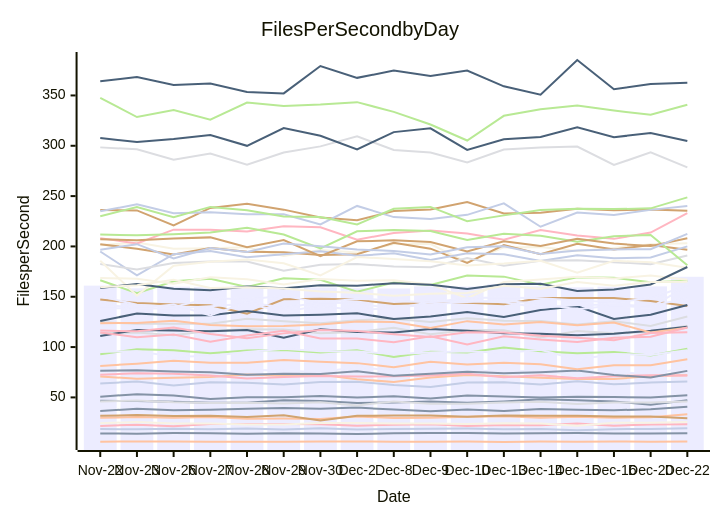
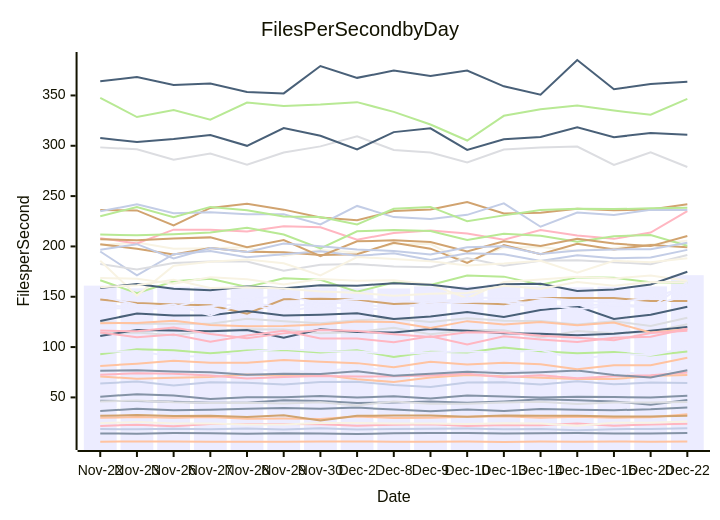
The diagram in perf-report.md (streetsidesoftware/cspell), drawn with Mermaid before and after one commit. The commit also changed other lines of this file and 1 other file, not shown here.

````diff
--- a/perf-report.md
+++ b/perf-report.md
@@ -10,57 +10,57 @@
 ```mermaid
 xychart-beta
     title Files Per Second by Day
     y-axis Files per Second
     x-axis Date [Nov-22, Nov-23, Nov-26, Nov-27, Nov-28, Nov-29, Nov-30, Dec-2, Dec-8, Dec-9, Dec-10, Dec-13, Dec-14, Dec-15, Dec-16, Dec-20, Dec-22]
-    bar [161.07, 158.38, 160.01, 159.51, 160.85, 158.58, 159.25, 158.41, 158.24, 160.26, 160.13, 162.46, 160.30, 159.32, 159.99, 160.32, 169.82]
-    line [14.18, 13.95, 14.61, 14.49, 13.79, 14.45, 14.21, 13.55, 14.37, 14.53, 14.61, 14.25, 14.42, 14.66, 14.20, 14.14, 14.49]
-    line [6.00, 6.29, 6.16, 6.03, 5.90, 6.01, 6.16, 6.12, 6.00, 6.03, 6.11, 5.69, 6.12, 5.85, 6.27, 5.94, 6.25]
-    line [124.88, 123.12, 123.27, 123.12, 128.04, 125.68, 123.73, 126.68, 128.02, 124.91, 128.75, 126.25, 125.99, 122.54, 125.77, 120.95, 130.30]
-    line [347.69, 328.52, 335.50, 325.97, 342.99, 339.55, 340.91, 343.35, 333.69, 321.17, 305.21, 329.78, 336.28, 339.96, 335.03, 330.81, 340.69]
-    line [147.16, 143.68, 142.26, 141.63, 133.10, 147.45, 147.90, 147.19, 142.70, 144.08, 143.97, 142.44, 148.72, 148.74, 148.66, 145.81, 140.73]
-    line [63.78, 65.76, 61.80, 64.96, 64.67, 62.90, 65.22, 65.65, 62.39, 60.36, 64.84, 65.11, 62.93, 65.98, 63.02, 64.70, 65.82]
-    line [21.70, 22.82, 21.29, 23.51, 23.57, 23.50, 23.32, 21.90, 22.93, 23.26, 21.71, 22.48, 22.26, 24.16, 21.86, 22.99, 23.32]
-    line [125.92, 133.37, 131.47, 131.60, 135.88, 131.34, 132.15, 133.58, 127.82, 130.48, 134.87, 129.94, 136.83, 140.59, 128.00, 132.13, 141.73]
-    line [24.23, 25.56, 24.09, 24.00, 22.97, 23.09, 24.60, 24.46, 23.99, 23.97, 23.56, 24.27, 23.97, 21.89, 24.77, 24.75, 25.53]
-    line [75.92, 76.91, 75.07, 72.02, 77.23, 76.76, 75.06, 80.27, 76.65, 75.94, 76.12, 76.57, 75.62, 71.86, 75.70, 72.52, 80.18]
-    line [50.67, 53.20, 51.79, 48.42, 50.26, 50.21, 51.36, 49.95, 51.18, 48.94, 51.93, 50.78, 49.91, 50.66, 50.34, 50.02, 52.21]
-    line [70.73, 68.53, 69.45, 70.29, 72.76, 71.50, 72.49, 68.01, 65.32, 69.78, 72.32, 70.99, 69.49, 68.20, 68.29, 71.18, 71.99]
-    line [113.80, 114.46, 111.80, 116.19, 117.82, 117.56, 113.82, 115.04, 119.17, 112.82, 116.99, 116.61, 109.61, 115.93, 113.66, 115.36, 121.29]
-    line [92.88, 97.96, 96.91, 93.91, 96.71, 97.20, 94.57, 96.80, 90.09, 95.39, 94.62, 99.56, 95.79, 93.99, 95.03, 91.66, 98.29]
-    line [236.13, 235.78, 220.97, 238.24, 242.33, 236.55, 228.65, 226.03, 235.13, 236.77, 244.11, 232.83, 233.41, 237.39, 235.87, 236.73, 235.49]
-    line [18.52, 18.27, 18.83, 18.32, 19.02, 18.13, 19.36, 18.09, 18.49, 18.92, 19.04, 18.41, 18.71, 17.35, 18.44, 18.66, 19.41]
-    line [72.41, 73.90, 73.49, 71.80, 68.80, 70.33, 71.28, 70.66, 70.99, 71.64, 73.38, 70.10, 71.99, 68.96, 71.11, 72.00, 71.65]
-    line [111.11, 117.00, 116.48, 115.76, 116.91, 109.21, 117.71, 115.04, 114.43, 117.93, 116.17, 113.85, 113.19, 111.86, 113.23, 116.22, 120.27]
-    line [201.26, 203.88, 197.62, 198.09, 199.18, 190.53, 196.53, 193.86, 202.32, 202.37, 184.12, 199.02, 199.50, 195.58, 198.56, 202.04, 203.12]
-    line [95.37, 95.97, 90.32, 91.22, 95.22, 98.38, 95.87, 95.57, 93.03, 94.71, 95.93, 94.05, 97.42, 87.40, 93.20, 92.02, 96.90]
-    line [76.58, 77.00, 75.69, 74.97, 72.54, 73.38, 73.35, 76.02, 71.59, 73.55, 75.54, 73.95, 75.07, 76.77, 72.26, 69.84, 76.37]
-    line [29.67, 30.46, 29.86, 30.48, 28.76, 28.98, 28.47, 31.13, 29.50, 29.81, 30.70, 31.34, 29.78, 30.86, 29.89, 30.20, 33.23]
-    line [298.41, 296.48, 286.19, 292.24, 281.16, 293.25, 299.40, 309.39, 295.84, 293.27, 283.38, 296.25, 298.40, 299.27, 280.90, 293.45, 278.60]
-    line [166.41, 153.59, 165.34, 167.76, 159.74, 168.29, 166.84, 155.06, 164.08, 161.66, 171.02, 169.99, 161.97, 169.28, 168.79, 164.45, 165.78]
-    line [202.16, 197.78, 192.08, 198.49, 194.68, 194.09, 191.43, 192.21, 203.69, 197.75, 183.65, 201.42, 192.31, 202.71, 196.90, 201.49, 196.73]
-    line [194.96, 171.19, 192.32, 195.34, 189.35, 192.30, 195.25, 190.71, 193.15, 186.55, 193.19, 192.23, 185.43, 191.26, 188.26, 189.10, 200.03]
-    line [208.25, 203.01, 216.67, 216.64, 214.89, 220.14, 219.09, 206.67, 213.42, 215.72, 212.77, 206.57, 216.35, 210.81, 207.51, 213.81, 233.05]
-    line [307.69, 303.77, 306.69, 310.59, 299.95, 317.57, 310.02, 296.47, 313.58, 317.30, 295.96, 306.54, 308.67, 318.29, 308.47, 312.68, 304.71]
-    line [168.69, 167.81, 163.00, 169.37, 167.40, 162.13, 167.55, 165.94, 166.49, 162.27, 148.64, 164.74, 167.10, 169.90, 168.25, 171.20, 166.81]
-    line [150.38, 142.14, 139.88, 148.61, 147.55, 150.86, 144.17, 148.12, 146.38, 144.41, 148.76, 149.26, 148.44, 146.25, 144.57, 148.51, 161.19]
-    line [36.55, 38.70, 37.18, 37.74, 38.63, 39.45, 38.80, 39.93, 37.87, 36.13, 38.10, 36.47, 38.38, 37.81, 37.32, 38.13, 40.60]
-    line [123.77, 123.92, 126.14, 121.82, 120.62, 120.89, 122.51, 125.41, 124.96, 118.90, 125.77, 122.50, 124.97, 121.63, 124.44, 114.40, 119.23]
-    line [182.60, 177.02, 183.57, 185.12, 185.03, 175.76, 181.77, 182.47, 179.95, 179.31, 188.38, 180.77, 185.77, 186.35, 184.33, 182.33, 190.92]
-    line [211.74, 210.99, 212.04, 213.89, 218.50, 211.90, 198.01, 215.07, 216.21, 215.29, 206.31, 212.61, 210.51, 204.56, 210.18, 211.34, 181.31]
-    line [207.11, 206.14, 207.83, 208.99, 199.30, 206.34, 190.41, 205.06, 206.03, 204.37, 194.91, 205.14, 200.36, 207.64, 202.85, 200.31, 208.13]
-    line [234.88, 241.77, 233.01, 234.04, 231.90, 232.03, 221.81, 240.23, 229.14, 227.27, 231.37, 242.80, 219.56, 233.62, 231.32, 236.32, 240.27]
-    line [114.47, 109.88, 112.40, 105.21, 111.47, 116.12, 108.62, 108.44, 104.81, 110.68, 102.65, 110.81, 107.51, 105.11, 109.29, 110.23, 119.42]
-    line [364.19, 368.22, 360.42, 361.78, 353.39, 352.03, 379.23, 367.49, 374.69, 369.34, 374.83, 359.05, 350.76, 385.22, 356.23, 361.41, 362.61]
-    line [185.79, 151.12, 180.91, 184.73, 187.07, 183.30, 171.17, 189.43, 187.46, 185.27, 181.05, 182.93, 185.74, 173.94, 185.68, 184.19, 178.76]
-    line [138.55, 138.37, 142.22, 131.52, 144.79, 139.07, 144.20, 143.55, 138.09, 144.82, 146.07, 144.49, 139.02, 141.78, 142.36, 140.50, 148.85]
-    line [46.58, 46.39, 45.62, 44.62, 44.61, 47.22, 46.33, 44.42, 44.87, 45.90, 44.67, 46.00, 48.05, 47.07, 45.85, 42.75, 47.13]
-    line [81.28, 83.53, 86.46, 84.38, 84.35, 87.05, 85.49, 84.05, 80.02, 85.30, 82.71, 84.32, 82.91, 77.95, 81.87, 81.89, 87.87]
-    line [45.87, 46.91, 45.25, 44.50, 44.73, 43.85, 45.20, 42.00, 46.02, 43.67, 43.68, 45.02, 45.75, 43.43, 44.94, 44.85, 46.05]
-    line [230.05, 239.20, 229.08, 239.26, 235.89, 229.81, 229.18, 221.75, 237.38, 239.25, 224.99, 230.85, 236.16, 237.46, 237.06, 237.81, 248.75]
-    line [31.75, 32.47, 31.60, 31.68, 30.55, 32.17, 27.01, 31.76, 31.99, 31.99, 30.84, 32.08, 31.89, 31.67, 31.01, 31.00, 29.35]
-    line [196.64, 202.22, 187.96, 198.52, 194.49, 202.79, 200.07, 197.01, 195.46, 191.88, 199.25, 200.18, 192.55, 195.85, 196.96, 197.31, 212.42]
-    line [116.44, 115.65, 119.47, 113.07, 108.78, 113.61, 117.05, 115.87, 112.86, 110.11, 114.79, 114.58, 111.22, 109.33, 106.79, 113.91, 114.64]
-    line [158.58, 162.75, 157.87, 156.54, 160.15, 158.52, 161.43, 161.03, 163.37, 162.01, 157.69, 162.41, 162.92, 155.61, 157.24, 162.25, 179.54]
-    line [159.52, 161.45, 166.78, 158.69, 159.56, 158.17, 155.13, 153.99, 150.95, 152.99, 153.72, 160.91, 157.90, 164.74, 161.04, 164.69, 165.02]
-    line [143.12, 138.28, 138.39, 140.67, 142.96, 135.37, 140.89, 136.51, 139.19, 142.56, 144.70, 146.06, 142.91, 137.61, 141.27, 139.39, 160.71]
+    bar [161.07, 158.38, 160.01, 159.51, 160.85, 158.58, 159.25, 158.41, 158.24, 160.26, 160.13, 162.46, 160.30, 159.32, 159.99, 160.32, 171.41]
+    line [14.18, 13.95, 14.61, 14.49, 13.79, 14.45, 14.21, 13.55, 14.37, 14.53, 14.61, 14.25, 14.42, 14.66, 14.20, 14.14, 14.58]
+    line [6.00, 6.29, 6.16, 6.03, 5.90, 6.01, 6.16, 6.12, 6.00, 6.03, 6.11, 5.69, 6.12, 5.85, 6.27, 5.94, 6.19]
+    line [124.88, 123.12, 123.27, 123.12, 128.04, 125.68, 123.73, 126.68, 128.02, 124.91, 128.75, 126.25, 125.99, 122.54, 125.77, 120.95, 129.07]
+    line [347.69, 328.52, 335.50, 325.97, 342.99, 339.55, 340.91, 343.35, 333.69, 321.17, 305.21, 329.78, 336.28, 339.96, 335.03, 330.81, 346.52]
+    line [147.16, 143.68, 142.26, 141.63, 133.10, 147.45, 147.90, 147.19, 142.70, 144.08, 143.97, 142.44, 148.72, 148.74, 148.66, 145.81, 145.83]
+    line [63.78, 65.76, 61.80, 64.96, 64.67, 62.90, 65.22, 65.65, 62.39, 60.36, 64.84, 65.11, 62.93, 65.98, 63.02, 64.70, 64.39]
+    line [21.70, 22.82, 21.29, 23.51, 23.57, 23.50, 23.32, 21.90, 22.93, 23.26, 21.71, 22.48, 22.26, 24.16, 21.86, 22.99, 23.86]
+    line [125.92, 133.37, 131.47, 131.60, 135.88, 131.34, 132.15, 133.58, 127.82, 130.48, 134.87, 129.94, 136.83, 140.59, 128.00, 132.13, 140.04]
+    line [24.23, 25.56, 24.09, 24.00, 22.97, 23.09, 24.60, 24.46, 23.99, 23.97, 23.56, 24.27, 23.97, 21.89, 24.77, 24.75, 25.98]
+    line [75.92, 76.91, 75.07, 72.02, 77.23, 76.76, 75.06, 80.27, 76.65, 75.94, 76.12, 76.57, 75.62, 71.86, 75.70, 72.52, 79.52]
+    line [50.67, 53.20, 51.79, 48.42, 50.26, 50.21, 51.36, 49.95, 51.18, 48.94, 51.93, 50.78, 49.91, 50.66, 50.34, 50.02, 51.61]
+    line [70.73, 68.53, 69.45, 70.29, 72.76, 71.50, 72.49, 68.01, 65.32, 69.78, 72.32, 70.99, 69.49, 68.20, 68.29, 71.18, 72.28]
+    line [113.80, 114.46, 111.80, 116.19, 117.82, 117.56, 113.82, 115.04, 119.17, 112.82, 116.99, 116.61, 109.61, 115.93, 113.66, 115.36, 122.68]
+    line [92.88, 97.96, 96.91, 93.91, 96.71, 97.20, 94.57, 96.80, 90.09, 95.39, 94.62, 99.56, 95.79, 93.99, 95.03, 91.66, 95.50]
+    line [236.13, 235.78, 220.97, 238.24, 242.33, 236.55, 228.65, 226.03, 235.13, 236.77, 244.11, 232.83, 233.41, 237.39, 235.87, 236.73, 241.85]
+    line [18.52, 18.27, 18.83, 18.32, 19.02, 18.13, 19.36, 18.09, 18.49, 18.92, 19.04, 18.41, 18.71, 17.35, 18.44, 18.66, 19.39]
+    line [72.41, 73.90, 73.49, 71.80, 68.80, 70.33, 71.28, 70.66, 70.99, 71.64, 73.38, 70.10, 71.99, 68.96, 71.11, 72.00, 74.62]
+    line [111.11, 117.00, 116.48, 115.76, 116.91, 109.21, 117.71, 115.04, 114.43, 117.93, 116.17, 113.85, 113.19, 111.86, 113.23, 116.22, 119.95]
+    line [201.26, 203.88, 197.62, 198.09, 199.18, 190.53, 196.53, 193.86, 202.32, 202.37, 184.12, 199.02, 199.50, 195.58, 198.56, 202.04, 205.76]
+    line [95.37, 95.97, 90.32, 91.22, 95.22, 98.38, 95.87, 95.57, 93.03, 94.71, 95.93, 94.05, 97.42, 87.40, 93.20, 92.02, 98.77]
+    line [76.58, 77.00, 75.69, 74.97, 72.54, 73.38, 73.35, 76.02, 71.59, 73.55, 75.54, 73.95, 75.07, 76.77, 72.26, 69.84, 77.03]
+    line [29.67, 30.46, 29.86, 30.48, 28.76, 28.98, 28.47, 31.13, 29.50, 29.81, 30.70, 31.34, 29.78, 30.86, 29.89, 30.20, 33.22]
+    line [298.41, 296.48, 286.19, 292.24, 281.16, 293.25, 299.40, 309.39, 295.84, 293.27, 283.38, 296.25, 298.40, 299.27, 280.90, 293.45, 278.89]
+    line [166.41, 153.59, 165.34, 167.76, 159.74, 168.29, 166.84, 155.06, 164.08, 161.66, 171.02, 169.99, 161.97, 169.28, 168.79, 164.45, 163.90]
+    line [202.16, 197.78, 192.08, 198.49, 194.68, 194.09, 191.43, 192.21, 203.69, 197.75, 183.65, 201.42, 192.31, 202.71, 196.90, 201.49, 199.06]
+    line [194.96, 171.19, 192.32, 195.34, 189.35, 192.30, 195.25, 190.71, 193.15, 186.55, 193.19, 192.23, 185.43, 191.26, 188.26, 189.10, 196.56]
+    line [208.25, 203.01, 216.67, 216.64, 214.89, 220.14, 219.09, 206.67, 213.42, 215.72, 212.77, 206.57, 216.35, 210.81, 207.51, 213.81, 235.09]
+    line [307.69, 303.77, 306.69, 310.59, 299.95, 317.57, 310.02, 296.47, 313.58, 317.30, 295.96, 306.54, 308.67, 318.29, 308.47, 312.68, 311.01]
+    line [168.69, 167.81, 163.00, 169.37, 167.40, 162.13, 167.55, 165.94, 166.49, 162.27, 148.64, 164.74, 167.10, 169.90, 168.25, 171.20, 165.98]
+    line [150.38, 142.14, 139.88, 148.61, 147.55, 150.86, 144.17, 148.12, 146.38, 144.41, 148.76, 149.26, 148.44, 146.25, 144.57, 148.51, 160.26]
+    line [36.55, 38.70, 37.18, 37.74, 38.63, 39.45, 38.80, 39.93, 37.87, 36.13, 38.10, 36.47, 38.38, 37.81, 37.32, 38.13, 39.99]
+    line [123.77, 123.92, 126.14, 121.82, 120.62, 120.89, 122.51, 125.41, 124.96, 118.90, 125.77, 122.50, 124.97, 121.63, 124.44, 114.40, 117.66]
+    line [182.60, 177.02, 183.57, 185.12, 185.03, 175.76, 181.77, 182.47, 179.95, 179.31, 188.38, 180.77, 185.77, 186.35, 184.33, 182.33, 191.53]
+    line [211.74, 210.99, 212.04, 213.89, 218.50, 211.90, 198.01, 215.07, 216.21, 215.29, 206.31, 212.61, 210.51, 204.56, 210.18, 211.34, 200.66]
+    line [207.11, 206.14, 207.83, 208.99, 199.30, 206.34, 190.41, 205.06, 206.03, 204.37, 194.91, 205.14, 200.36, 207.64, 202.85, 200.31, 210.29]
+    line [234.88, 241.77, 233.01, 234.04, 231.90, 232.03, 221.81, 240.23, 229.14, 227.27, 231.37, 242.80, 219.56, 233.62, 231.32, 236.32, 236.26]
+    line [114.47, 109.88, 112.40, 105.21, 111.47, 116.12, 108.62, 108.44, 104.81, 110.68, 102.65, 110.81, 107.51, 105.11, 109.29, 110.23, 118.20]
+    line [364.19, 368.22, 360.42, 361.78, 353.39, 352.03, 379.23, 367.49, 374.69, 369.34, 374.83, 359.05, 350.76, 385.22, 356.23, 361.41, 363.52]
+    line [185.79, 151.12, 180.91, 184.73, 187.07, 183.30, 171.17, 189.43, 187.46, 185.27, 181.05, 182.93, 185.74, 173.94, 185.68, 184.19, 188.28]
+    line [138.55, 138.37, 142.22, 131.52, 144.79, 139.07, 144.20, 143.55, 138.09, 144.82, 146.07, 144.49, 139.02, 141.78, 142.36, 140.50, 151.95]
+    line [46.58, 46.39, 45.62, 44.62, 44.61, 47.22, 46.33, 44.42, 44.87, 45.90, 44.67, 46.00, 48.05, 47.07, 45.85, 42.75, 47.52]
+    line [81.28, 83.53, 86.46, 84.38, 84.35, 87.05, 85.49, 84.05, 80.02, 85.30, 82.71, 84.32, 82.91, 77.95, 81.87, 81.89, 89.30]
+    line [45.87, 46.91, 45.25, 44.50, 44.73, 43.85, 45.20, 42.00, 46.02, 43.67, 43.68, 45.02, 45.75, 43.43, 44.94, 44.85, 45.35]
+    line [230.05, 239.20, 229.08, 239.26, 235.89, 229.81, 229.18, 221.75, 237.38, 239.25, 224.99, 230.85, 236.16, 237.46, 237.06, 237.81, 238.36]
+    line [31.75, 32.47, 31.60, 31.68, 30.55, 32.17, 27.01, 31.76, 31.99, 31.99, 30.84, 32.08, 31.89, 31.67, 31.01, 31.00, 31.79]
+    line [196.64, 202.22, 187.96, 198.52, 194.49, 202.79, 200.07, 197.01, 195.46, 191.88, 199.25, 200.18, 192.55, 195.85, 196.96, 197.31, 203.68]
+    line [116.44, 115.65, 119.47, 113.07, 108.78, 113.61, 117.05, 115.87, 112.86, 110.11, 114.79, 114.58, 111.22, 109.33, 106.79, 113.91, 116.30]
+    line [158.58, 162.75, 157.87, 156.54, 160.15, 158.52, 161.43, 161.03, 163.37, 162.01, 157.69, 162.41, 162.92, 155.61, 157.24, 162.25, 174.81]
+    line [159.52, 161.45, 166.78, 158.69, 159.56, 158.17, 155.13, 153.99, 150.95, 152.99, 153.72, 160.91, 157.90, 164.74, 161.04, 164.69, 164.20]
+    line [143.12, 138.28, 138.39, 140.67, 142.96, 135.37, 140.89, 136.51, 139.19, 142.56, 144.70, 146.06, 142.91, 137.61, 141.27, 139.39, 164.22]
 ```
````
